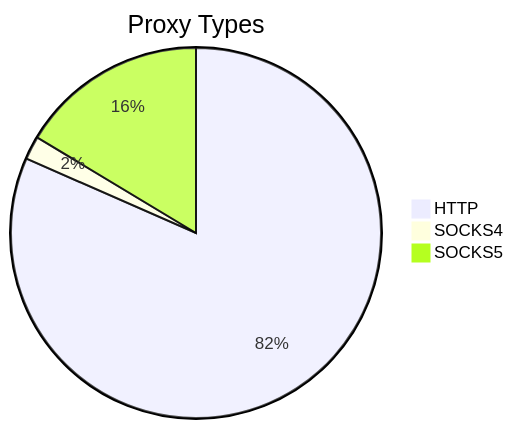
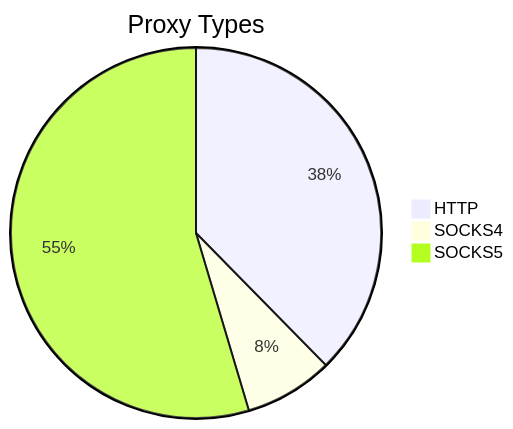
The first of 2 diagrams in README.md (stormsia/proxy-list), drawn with Mermaid before and after one commit. The commit also changed other lines of this file, not shown here.

````diff
--- a/README.md
+++ b/README.md
@@ -21,6 +21,6 @@
 ```mermaid
 pie title Proxy Types
-    "HTTP" : 279
-    "SOCKS4" : 7
-    "SOCKS5" : 56
+    "HTTP" : 437
+    "SOCKS4" : 90
+    "SOCKS5" : 634
 ```
````
